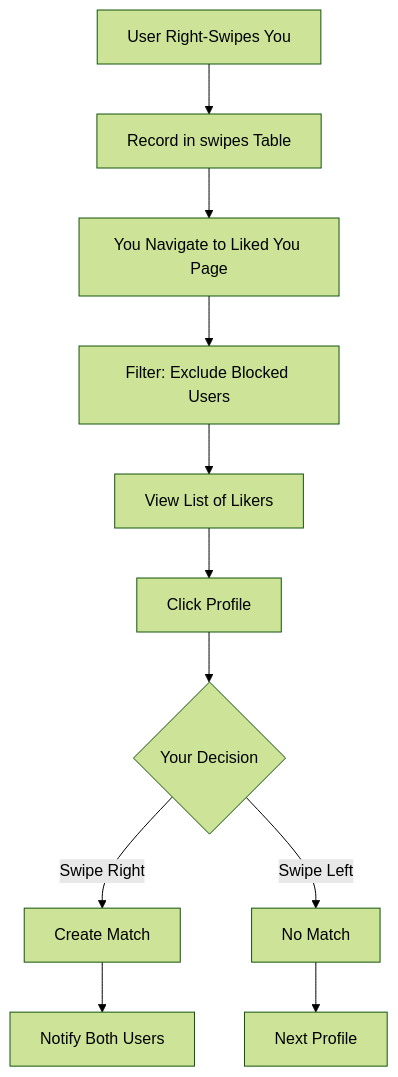
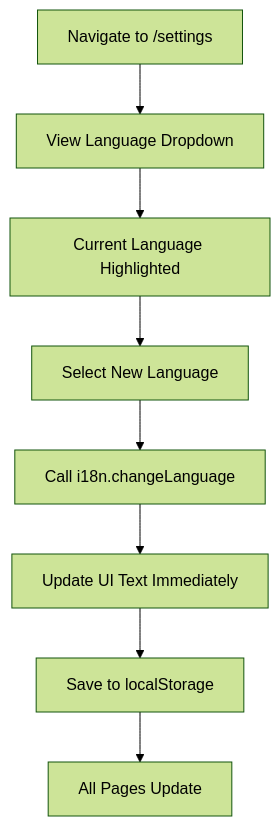
One commit to ketochiesesoyyo/konfetti-capacitor-integration changed diagram 12 of 12 in PRODUCT_REQUIREMENTS_DOCUMENT.md. Above: the diagram before and after it, drawn with Mermaid (forest theme). The commit also changed other lines of this file, not shown here.

````diff
--- a/PRODUCT_REQUIREMENTS_DOCUMENT.md
+++ b/PRODUCT_REQUIREMENTS_DOCUMENT.md
@@ -1334,13 +3542,10 @@
 ```mermaid
 graph TD
-    A[User Right-Swipes You] --> B[Record in swipes Table]
-    B --> C[You Navigate to Liked You Page]
-    C --> D[Filter: Exclude Blocked Users]
-    D --> E[View List of Likers]
-    E --> F[Click Profile]
-    F --> G{Your Decision}
-    G --> |Swipe Right| H[Create Match]
-    G --> |Swipe Left| I[No Match]
-    H --> J[Notify Both Users]
-    I --> K[Next Profile]
+    A[Navigate to /settings] --> B[View Language Dropdown]
+    B --> C[Current Language Highlighted]
+    C --> D[Select New Language]
+    D --> E[Call i18n.changeLanguage]
+    E --> F[Update UI Text Immediately]
+    F --> G[Save to localStorage]
+    G --> H[All Pages Update]
 ```
````
